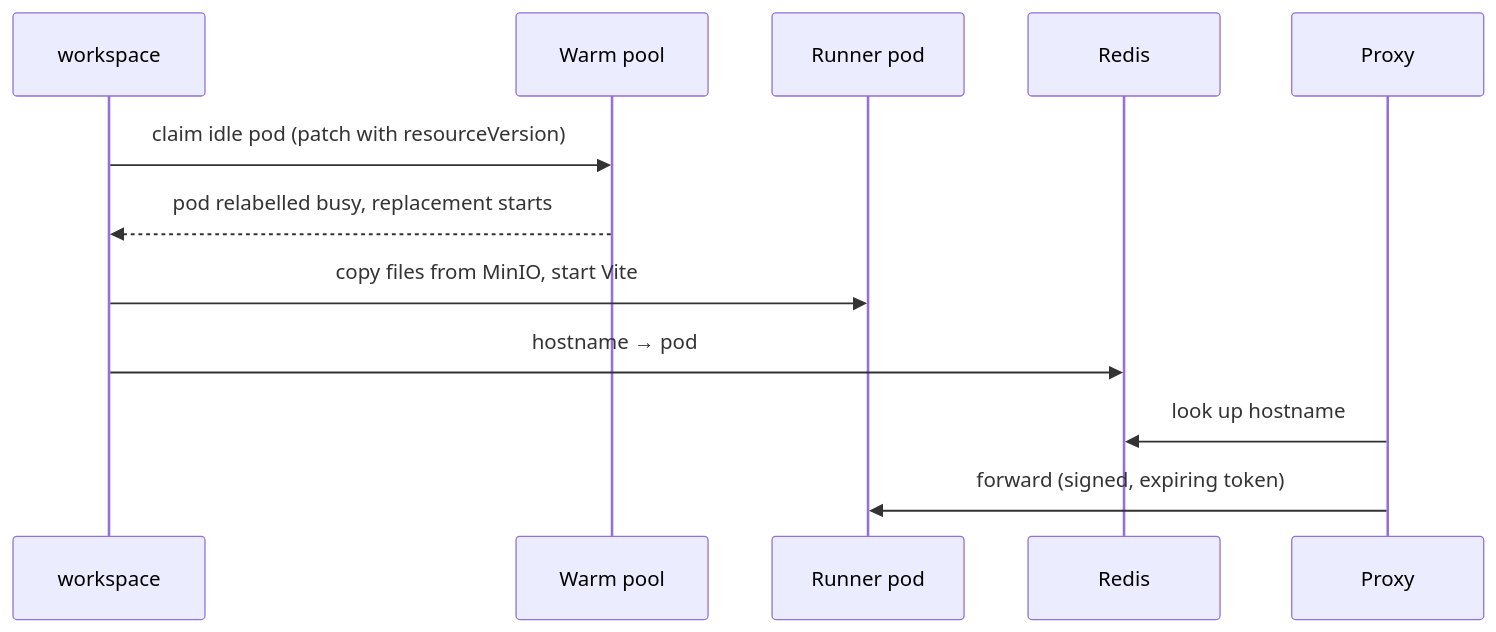
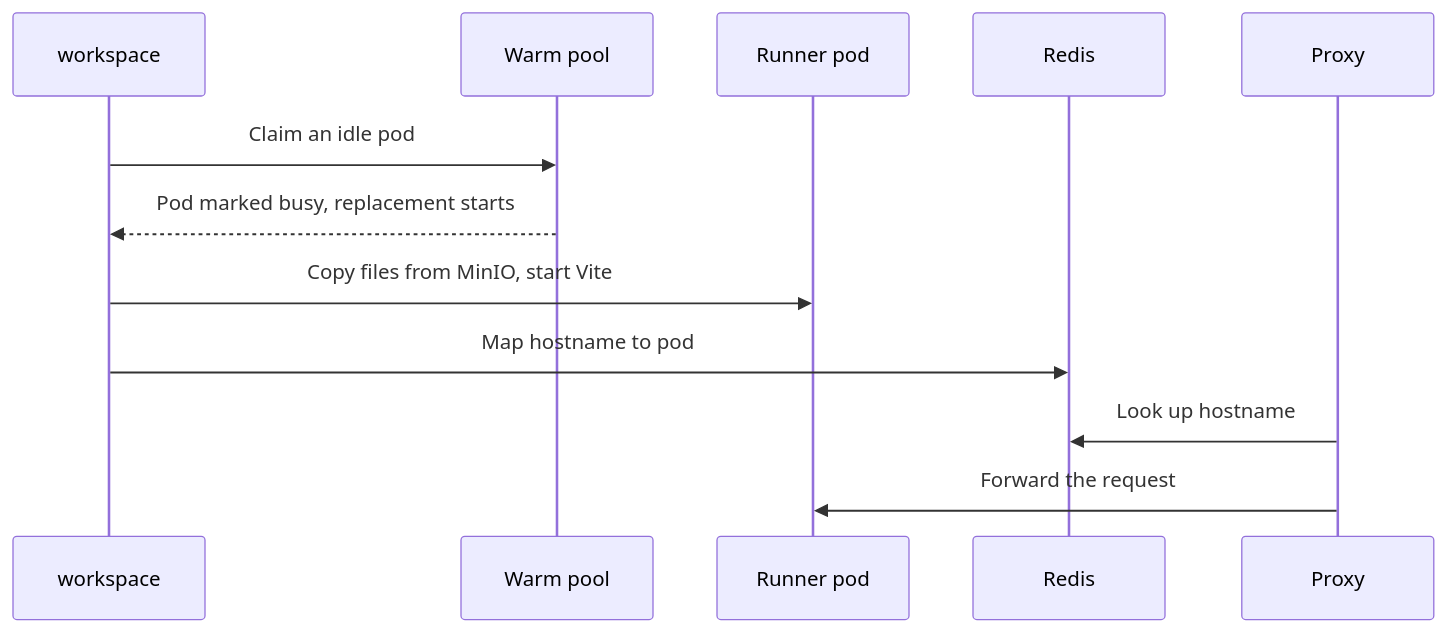
The fifth of 6 diagrams in docs/architecture.md (Divyanshu2805/singularity), drawn with Mermaid before and after one commit. The commit also changed other lines of this file and 8 other files, not shown here.

Commit message:
docs: fix mermaid diagrams and expand README

````diff
--- a/docs/architecture.md
+++ b/docs/architecture.md
@@ -107,14 +94,14 @@
 ```mermaid
 sequenceDiagram
     participant W as workspace
     participant Pool as Warm pool
     participant Pod as Runner pod
     participant R as Redis
     participant PX as Proxy
-    W->>Pool: claim idle pod (patch with resourceVersion)
-    Pool-->>W: pod relabelled busy, replacement starts
-    W->>Pod: copy files from MinIO, start Vite
-    W->>R: hostname → pod
-    PX->>R: look up hostname
-    PX->>Pod: forward (signed, expiring token)
+    W->>Pool: Claim an idle pod
+    Pool-->>W: Pod marked busy, replacement starts
+    W->>Pod: Copy files from MinIO, start Vite
+    W->>R: Map hostname to pod
+    PX->>R: Look up hostname
+    PX->>Pod: Forward the request
 ```
````
